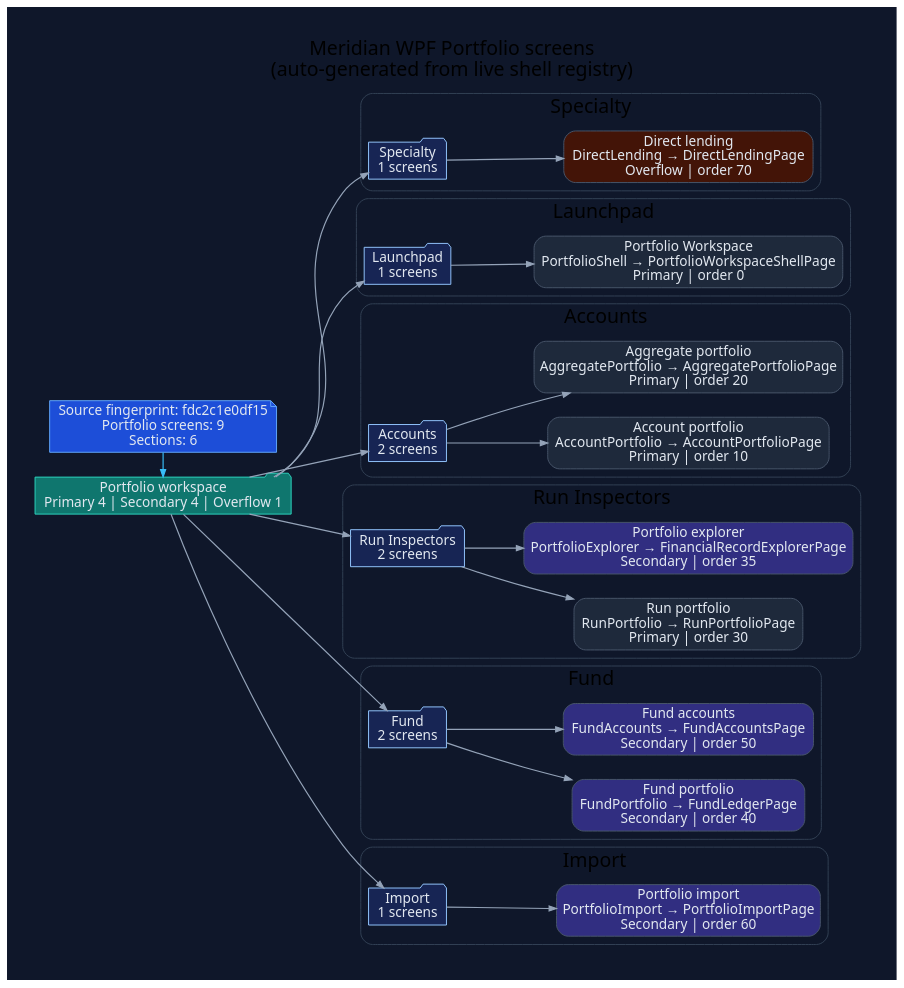
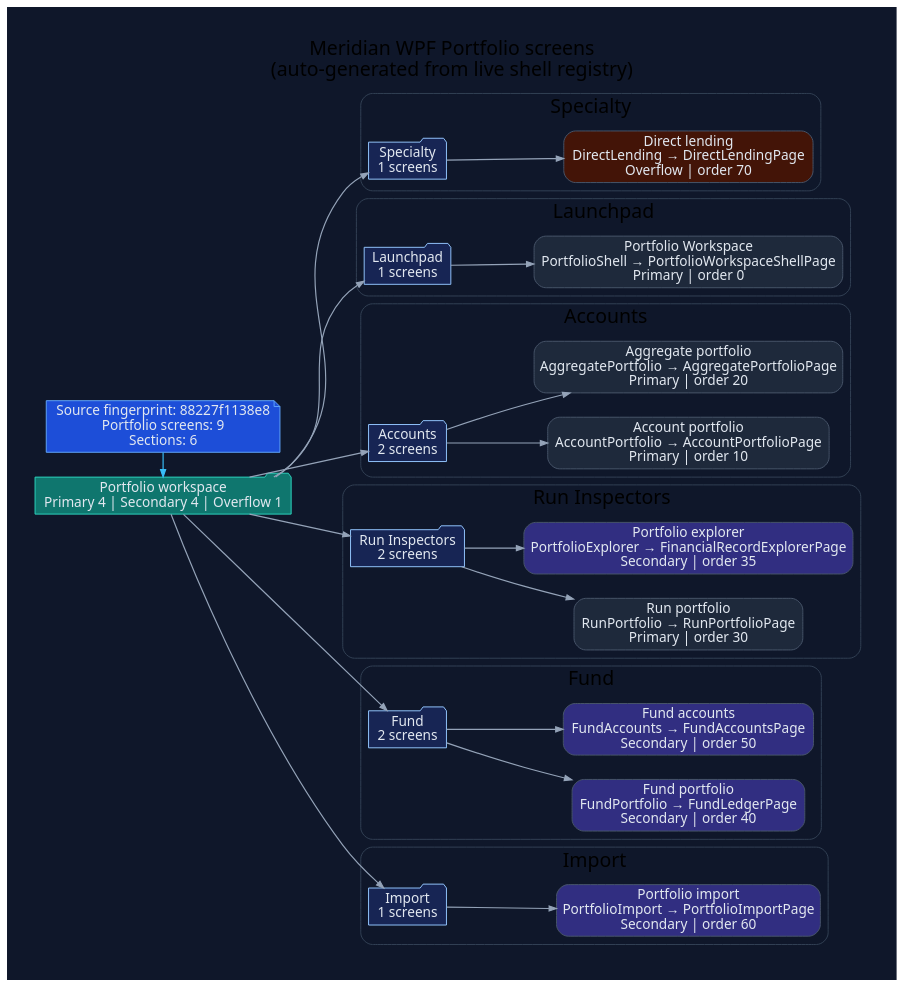
The diagram in docs/diagrams/ui-wpf-screens-portfolio.dot (rodoHasArrived/Meridian-main), drawn with Graphviz before and after one commit. The commit also changed 22 other files, not shown here.

First line of the commit message:
docs: apply CI generated-repair patch for WPF UI diagrams and repository tree

```diff
--- a/docs/diagrams/ui-wpf-screens-portfolio.dot
+++ b/docs/diagrams/ui-wpf-screens-portfolio.dot
@@ -1,92 +1,92 @@
 // -----------------------------------------------------------------------------
 // <auto-generated>
 // Generated by scripts/generate-diagrams.mjs.
 // Do not edit this file directly; update the WPF source files instead.
 // -----------------------------------------------------------------------------
 digraph WpfPortfolioScreens {
   graph [
     rankdir=LR,
     labelloc=t,
     label="Meridian WPF Portfolio screens\n(auto-generated from live shell registry)",
     fontname="Segoe UI",
     fontsize=20,
     pad=0.4,
     nodesep=0.35,
     ranksep=0.85,
     bgcolor="#0f172a"
   ];
   node [fontname="Segoe UI", shape=box, style="rounded,filled", color="#475569", fontcolor="#e2e8f0", fillcolor="#1e293b"];
   edge [fontname="Segoe UI", color="#94a3b8", penwidth=1.2, arrowsize=0.75];
 
-  generated [shape=note, fillcolor="#1d4ed8", color="#60a5fa", label="Source fingerprint: fdc2c1e0df15\nPortfolio screens: 9\nSections: 6"];
+  generated [shape=note, fillcolor="#1d4ed8", color="#60a5fa", label="Source fingerprint: 88227f1138e8\nPortfolio screens: 9\nSections: 6"];
   workspace [shape=folder, fillcolor="#0f766e", color="#2dd4bf", label="Portfolio workspace\nPrimary 4 | Secondary 4 | Overflow 1"];
   generated -> workspace [color="#38bdf8"];
 
   subgraph cluster_section_1 {
     label="Specialty";
     color="#334155";
     style="rounded";
     section_1 [shape=folder, fillcolor="#172554", color="#93c5fd", label="Specialty\n1 screens"];
     workspace -> section_1;
     screen_DirectLending [fillcolor="#431407", label="Direct lending\nDirectLending → DirectLendingPage\nOverflow | order 70"];
     section_1 -> screen_DirectLending;
   }
 
   subgraph cluster_section_2 {
     label="Launchpad";
     color="#334155";
     style="rounded";
     section_2 [shape=folder, fillcolor="#172554", color="#93c5fd", label="Launchpad\n1 screens"];
     workspace -> section_2;
     screen_PortfolioShell [fillcolor="#1e293b", label="Portfolio Workspace\nPortfolioShell → PortfolioWorkspaceShellPage\nPrimary | order 0"];
     section_2 -> screen_PortfolioShell;
   }
 
   subgraph cluster_section_3 {
     label="Accounts";
     color="#334155";
     style="rounded";
     section_3 [shape=folder, fillcolor="#172554", color="#93c5fd", label="Accounts\n2 screens"];
     workspace -> section_3;
     screen_AccountPortfolio [fillcolor="#1e293b", label="Account portfolio\nAccountPortfolio → AccountPortfolioPage\nPrimary | order 10"];
     section_3 -> screen_AccountPortfolio;
     screen_AggregatePortfolio [fillcolor="#1e293b", label="Aggregate portfolio\nAggregatePortfolio → AggregatePortfolioPage\nPrimary | order 20"];
     section_3 -> screen_AggregatePortfolio;
   }
 
   subgraph cluster_section_4 {
     label="Run Inspectors";
     color="#334155";
     style="rounded";
     section_4 [shape=folder, fillcolor="#172554", color="#93c5fd", label="Run Inspectors\n2 screens"];
     workspace -> section_4;
     screen_RunPortfolio [fillcolor="#1e293b", label="Run portfolio\nRunPortfolio → RunPortfolioPage\nPrimary | order 30"];
     section_4 -> screen_RunPortfolio;
     screen_PortfolioExplorer [fillcolor="#312e81", label="Portfolio explorer\nPortfolioExplorer → FinancialRecordExplorerPage\nSecondary | order 35"];
     section_4 -> screen_PortfolioExplorer;
   }
 
   subgraph cluster_section_5 {
     label="Fund";
     color="#334155";
     style="rounded";
     section_5 [shape=folder, fillcolor="#172554", color="#93c5fd", label="Fund\n2 screens"];
     workspace -> section_5;
     screen_FundPortfolio [fillcolor="#312e81", label="Fund portfolio\nFundPortfolio → FundLedgerPage\nSecondary | order 40"];
     section_5 -> screen_FundPortfolio;
     screen_FundAccounts [fillcolor="#312e81", label="Fund accounts\nFundAccounts → FundAccountsPage\nSecondary | order 50"];
     section_5 -> screen_FundAccounts;
   }
 
   subgraph cluster_section_6 {
     label="Import";
     color="#334155";
     style="rounded";
     section_6 [shape=folder, fillcolor="#172554", color="#93c5fd", label="Import\n1 screens"];
     workspace -> section_6;
     screen_PortfolioImport [fillcolor="#312e81", label="Portfolio import\nPortfolioImport → PortfolioImportPage\nSecondary | order 60"];
     section_6 -> screen_PortfolioImport;
   }
 
   { rank=min; generated; workspace; }
 }
```
